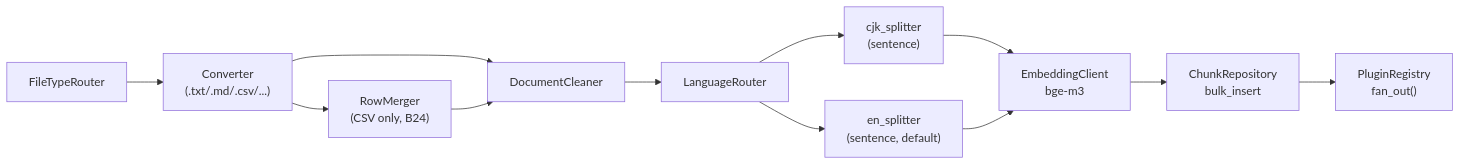
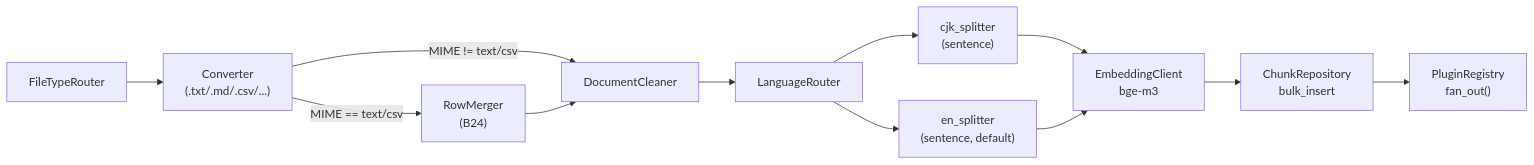
One commit to jeffweilee/ragent changed the diagram in docs/00_spec.md. Above: the diagram before and after it, drawn with Mermaid. The commit also changed other lines of this file and 1 other file, not shown here.

````diff
--- a/docs/00_spec.md
+++ b/docs/00_spec.md
@@ -111,13 +111,13 @@
 ```mermaid
 flowchart LR
   A[FileTypeRouter] --> B["Converter\n(.txt/.md/.csv/...)"]
-  B --> M["RowMerger\n(CSV only, B24)"]
-  B --> C[DocumentCleaner]
+  B -->|"MIME == text/csv"| M["RowMerger\n(B24)"]
+  B -->|"MIME != text/csv"| C[DocumentCleaner]
   M --> C
   C --> D[LanguageRouter]
   D --> E1["cjk_splitter\n(sentence)"]
   D --> E2["en_splitter\n(sentence, default)"]
   E1 & E2 --> F["EmbeddingClient\nbge-m3"]
   F --> G["ChunkRepository\nbulk_insert"]
   G --> H["PluginRegistry\nfan_out()"]
 ```
````
